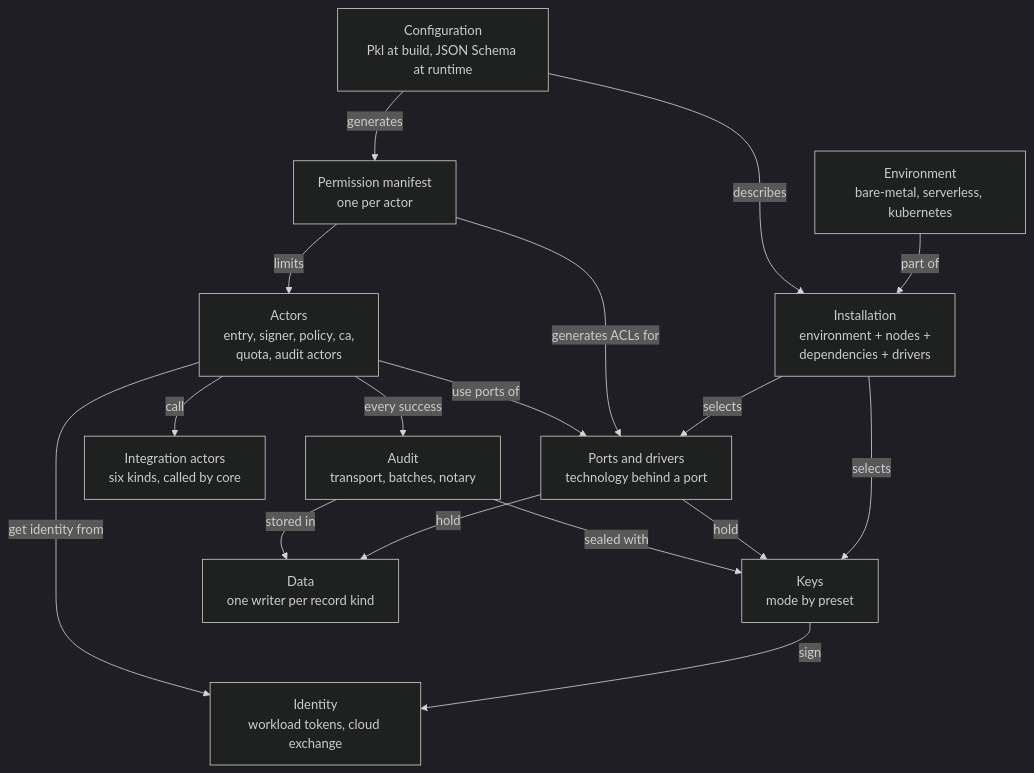
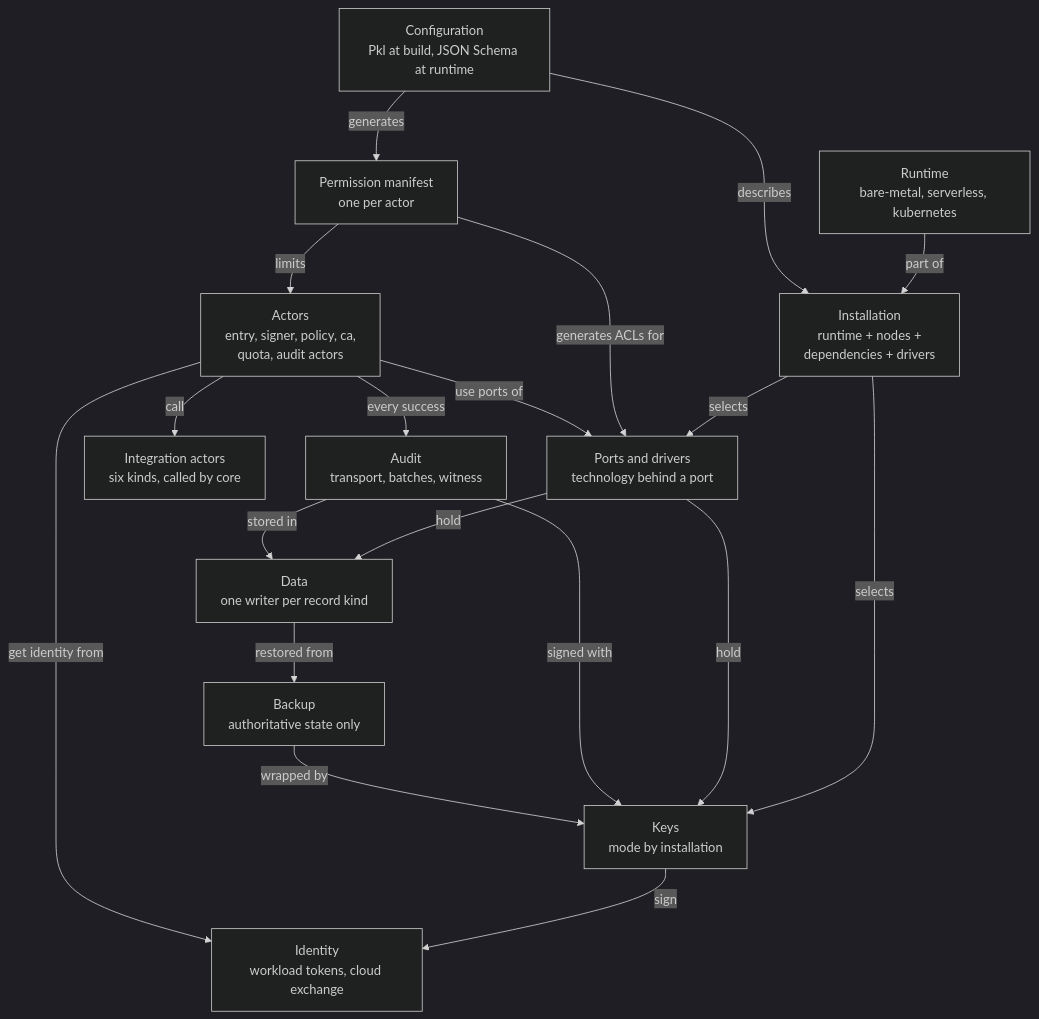
One commit to truvity/sluis changed the diagram in docs/concepts/index.md. Above: the diagram before and after it, drawn with Mermaid (dark theme). The commit also changed other lines of this file and 56 other files, not shown here.

````diff
--- a/docs/concepts/index.md
+++ b/docs/concepts/index.md
@@ -11,31 +11,34 @@
 ```mermaid
 flowchart TB
-  env["Environment<br/>bare-metal, serverless, kubernetes"]
-  inst["Installation<br/>environment + nodes +<br/>dependencies + drivers"]
+  env["Runtime<br/>bare-metal, serverless, kubernetes"]
+  inst["Installation<br/>runtime + nodes +<br/>dependencies + drivers"]
   manifest["Permission manifest<br/>one per actor"]
   actors["Actors<br/>entry, signer, policy, ca,<br/>quota, audit actors"]
   drivers["Ports and drivers<br/>technology behind a port"]
   integ["Integration actors<br/>six kinds, called by core"]
-  keys["Keys<br/>mode by preset"]
+  keys["Keys<br/>mode by installation"]
   ident["Identity<br/>workload tokens, cloud exchange"]
   config["Configuration<br/>Pkl at build, JSON Schema at runtime"]
   data["Data<br/>one writer per record kind"]
-  audit["Audit<br/>transport, batches, notary"]
+  backup["Backup<br/>authoritative state only"]
+  audit["Audit<br/>transport, batches, witness"]
 
   env -->|"part of"| inst
   inst -->|"selects"| drivers
   inst -->|"selects"| keys
   config -->|"describes"| inst
   config -->|"generates"| manifest
   manifest -->|"limits"| actors
   manifest -->|"generates ACLs for"| drivers
   actors -->|"use ports of"| drivers
   actors -->|"call"| integ
   drivers -->|"hold"| keys
   drivers -->|"hold"| data
   keys -->|"sign"| ident
   actors -->|"get identity from"| ident
   actors -->|"every success"| audit
   audit -->|"stored in"| data
-  audit -->|"sealed with"| keys
+  audit -->|"signed with"| keys
+  data -->|"restored from"| backup
+  backup -->|"wrapped by"| keys
 ```
````
